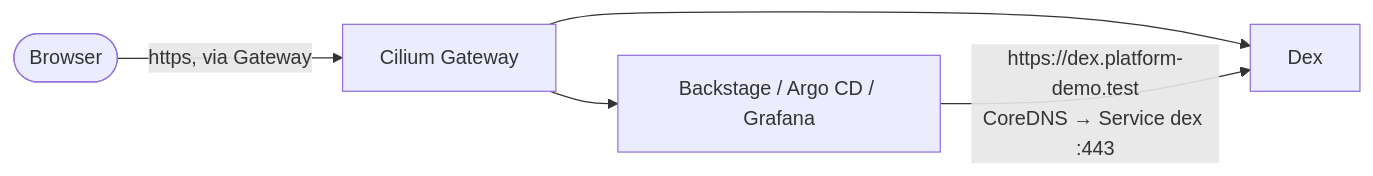
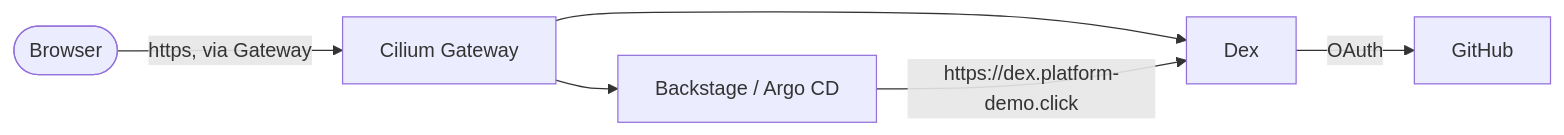
One commit to mladenovskistefan111/platform-demo-helm changed the diagram in docs/sso-and-portal.md. Above: the diagram before and after it, drawn with Mermaid. The commit also changed other lines of this file and 4 other files, not shown here.

````diff
--- a/docs/sso-and-portal.md
+++ b/docs/sso-and-portal.md
@@ -30,7 +29,8 @@
 ```mermaid
 flowchart LR
   B(["Browser"]) -->|"https, via Gateway"| GW["Cilium Gateway"]
-  GW --> APP["Backstage / Argo CD / Grafana"]
+  GW --> APP["Backstage / Argo CD"]
   GW --> DEX["Dex"]
-  APP -->|"https://dex.platform-demo.test<br/>CoreDNS → Service dex :443"| DEX
+  APP -->|"https://dex.platform-demo.click"| DEX
+  DEX -->|"OAuth"| GH["GitHub"]
 ```
````
